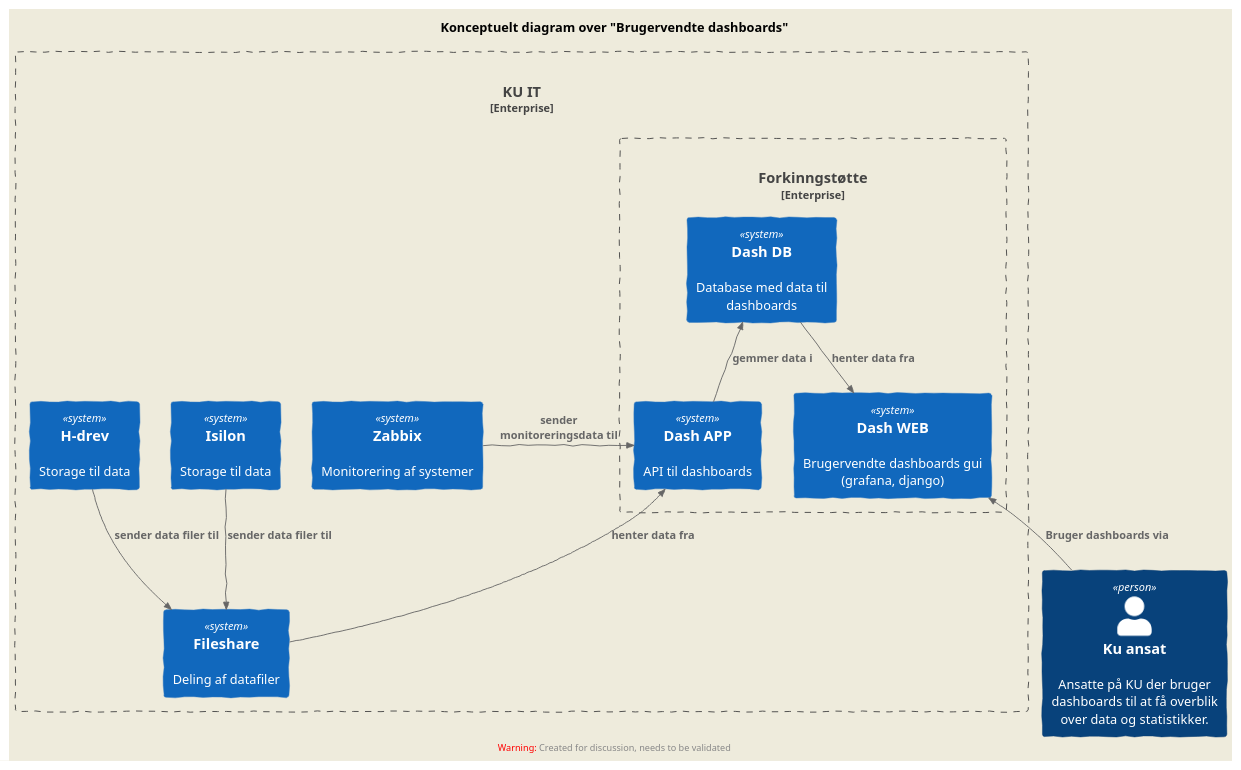
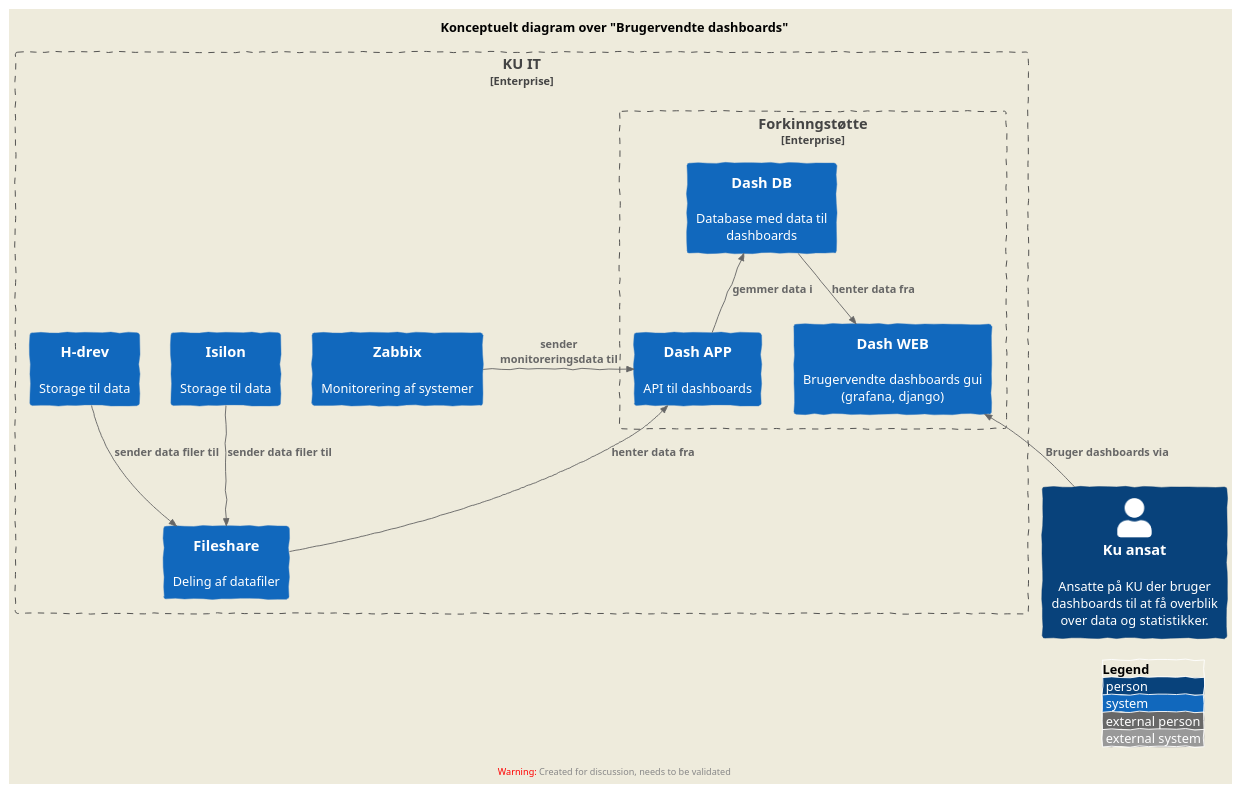
Before and after one commit to JakobHolstDK/infowall: the diagram in openknowit.puml, drawn with PlantUML.

```diff
--- a/openknowit.puml
+++ b/openknowit.puml
@@ -2,38 +2,38 @@
 @startuml
 !include https://raw.githubusercontent.com/plantuml-stdlib/C4-PlantUML/master/C4_Context.puml
 
 ' uncomment the following line and comment the first to use locally
 ' !include C4_Context.puml
 
 LAYOUT_TOP_DOWN()
 LAYOUT_AS_SKETCH()
-'LAYOUT_WITH_LEGEND()
+LAYOUT_WITH_LEGEND()
 
 
 title  Konceptuelt diagram over "Brugervendte dashboards"
 
 Person(customer, "Ku ansat", "Ansatte på KU der bruger dashboards til at få overblik over data og statistikker.")
 Enterprise_Boundary(c0, "KU IT", "Københavns Universitets IT-afdeling") {
 System(isilon, "Isilon", "Storage til data")
 System(Hdrives, "H-drev", "Storage til data")
 System(zabbix, "Zabbix", "Monitorering af systemer")
 System(fileshare, "Fileshare", "Deling af datafiler")
 
 
 
 
 Enterprise_Boundary(c1, "Forkinngstøtte", "Forkningstøtte på KU") {
     System(dashdb, "Dash DB", "Database med data til dashboards")
     System(dashweb, "Dash WEB", "Brugervendte dashboards gui (grafana, django)")
     System(dashapp, "Dash APP", "API til dashboards")
 }
 }
 Rel_U(customer, dashweb, "Bruger dashboards via")
 Rel_D(isilon, fileshare, "sender data filer til")
 Rel_D(Hdrives, fileshare, "sender data filer til")
 Rel_U(fileshare, dashapp, "henter data fra")
 Rel_Neighbor(zabbix, dashapp, "sender monitoreringsdata til")
 Rel_U(dashapp, dashdb, "gemmer data i")
 Rel_D(dashdb, dashweb, "henter data fra")
 
 @enduml
```
